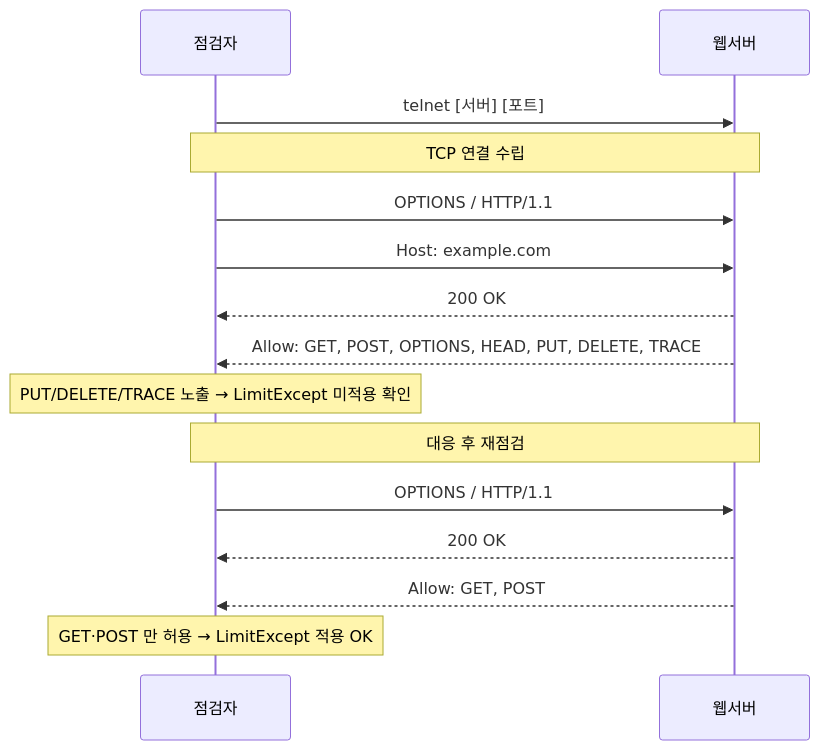
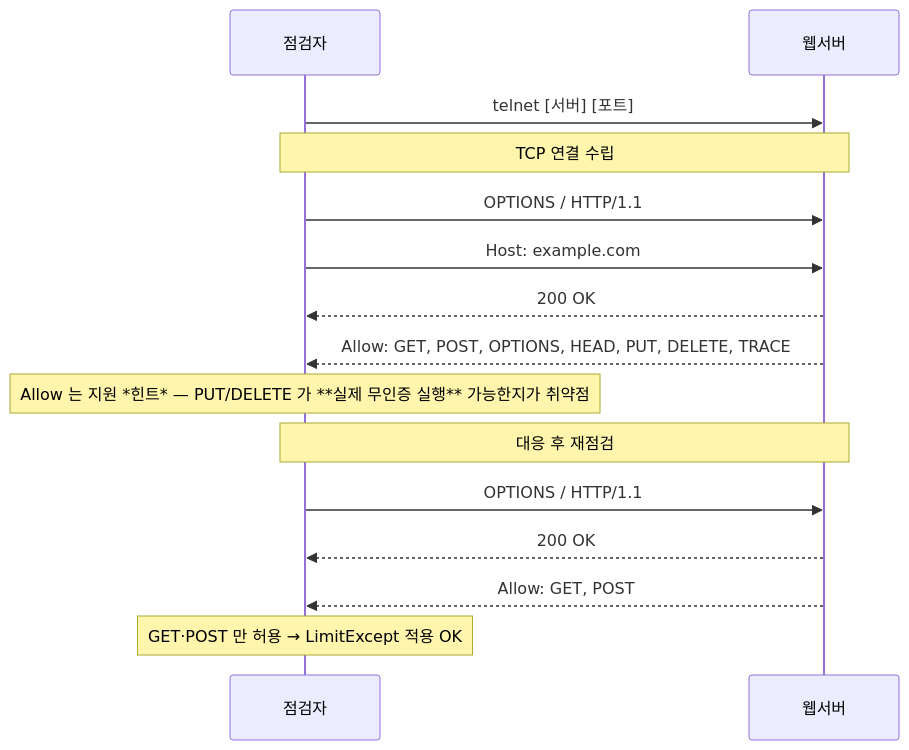
One commit to ianrang/cs-study changed the fourth of 5 diagrams in cs/information-security/study/03.application-security/06.web-server-hardening.md. Above: the diagram before and after it, drawn with Mermaid. The commit also changed other lines of this file and 5 other files, not shown here.

````diff
--- a/cs/information-security/study/03.application-security/06.web-server-hardening.md
+++ b/cs/information-security/study/03.application-security/06.web-server-hardening.md
@@ -676,19 +684,19 @@
 ```mermaid
 sequenceDiagram
     participant T as 점검자
     participant W as 웹서버
 
     T->>W: telnet [서버] [포트]
     Note over T,W: TCP 연결 수립
     T->>W: OPTIONS / HTTP/1.1
     T->>W: Host: example.com
     W-->>T: 200 OK
     W-->>T: Allow: GET, POST, OPTIONS, HEAD, PUT, DELETE, TRACE
-    Note over T: PUT/DELETE/TRACE 노출 → LimitExcept 미적용 확인
+    Note over T: Allow 는 지원 *힌트* — PUT/DELETE 가 **실제 무인증 실행** 가능한지가 취약점
 
     Note over T,W: 대응 후 재점검
     T->>W: OPTIONS / HTTP/1.1
     W-->>T: 200 OK
     W-->>T: Allow: GET, POST
     Note over T: GET·POST 만 허용 → LimitExcept 적용 OK
 ```
````
